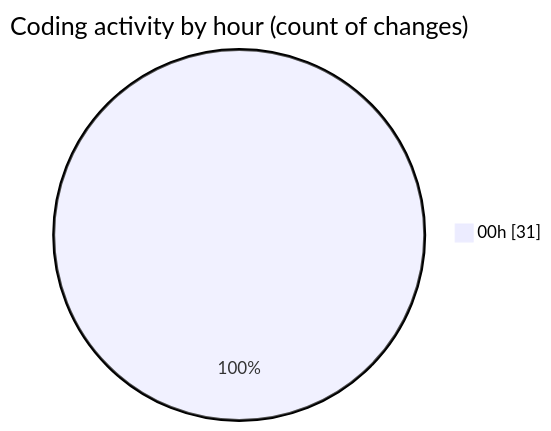
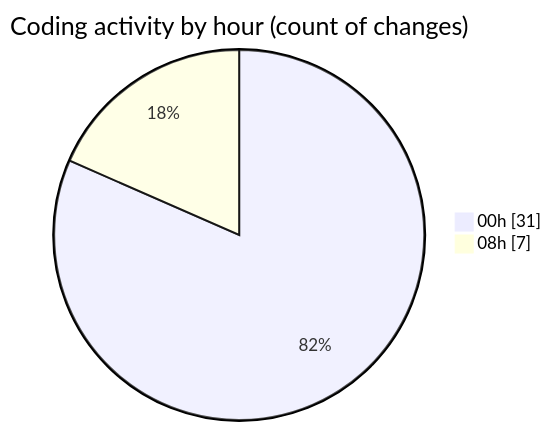
Before and after one commit to lephambinh05/code-tracking: the second of 2 diagrams in 2025-08-03/studybuddy/README.md, drawn with Mermaid. The commit also changed other lines of this file and 1 other file, not shown here.

````diff
--- a/2025-08-03/studybuddy/README.md
+++ b/2025-08-03/studybuddy/README.md
@@ -45,5 +49,6 @@
 ```mermaid
 pie showData
 title Coding activity by hour (count of changes)
 "00h" : 31
+"08h" : 7
 ```
````
